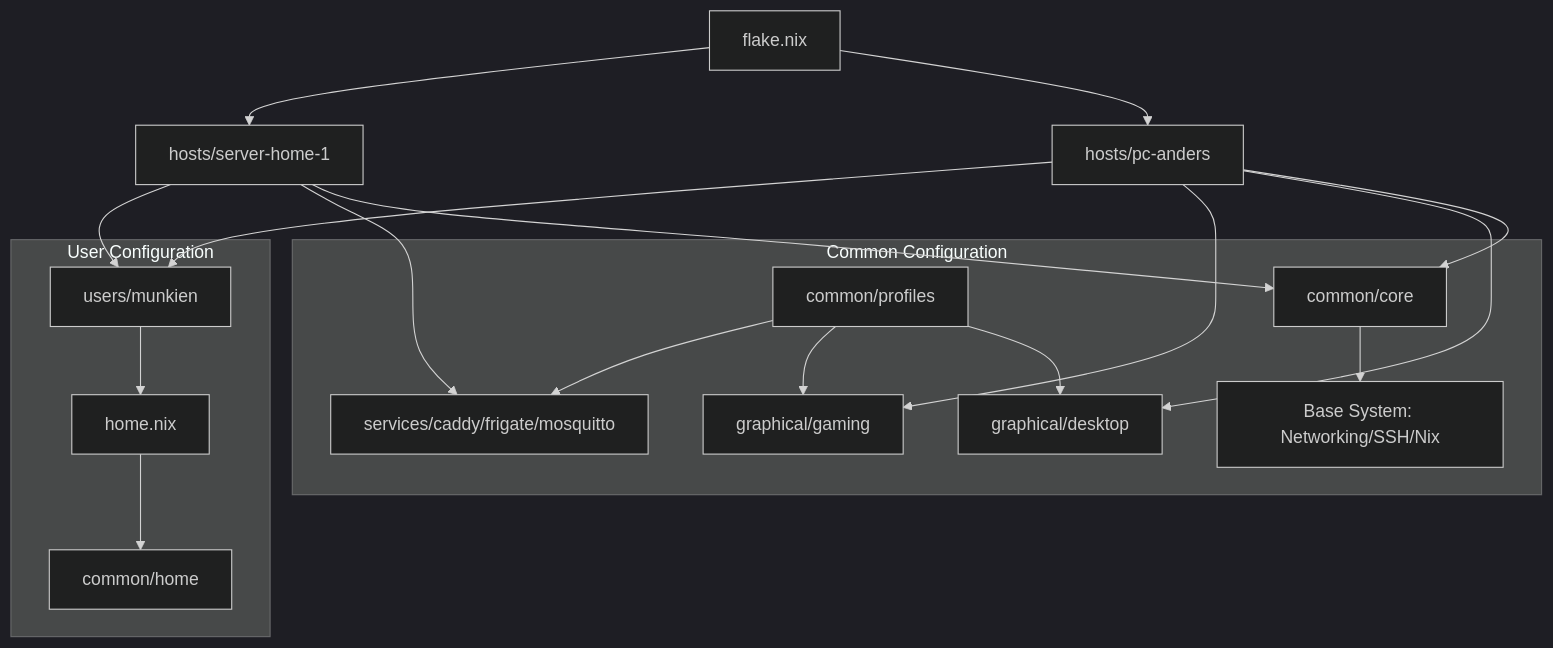
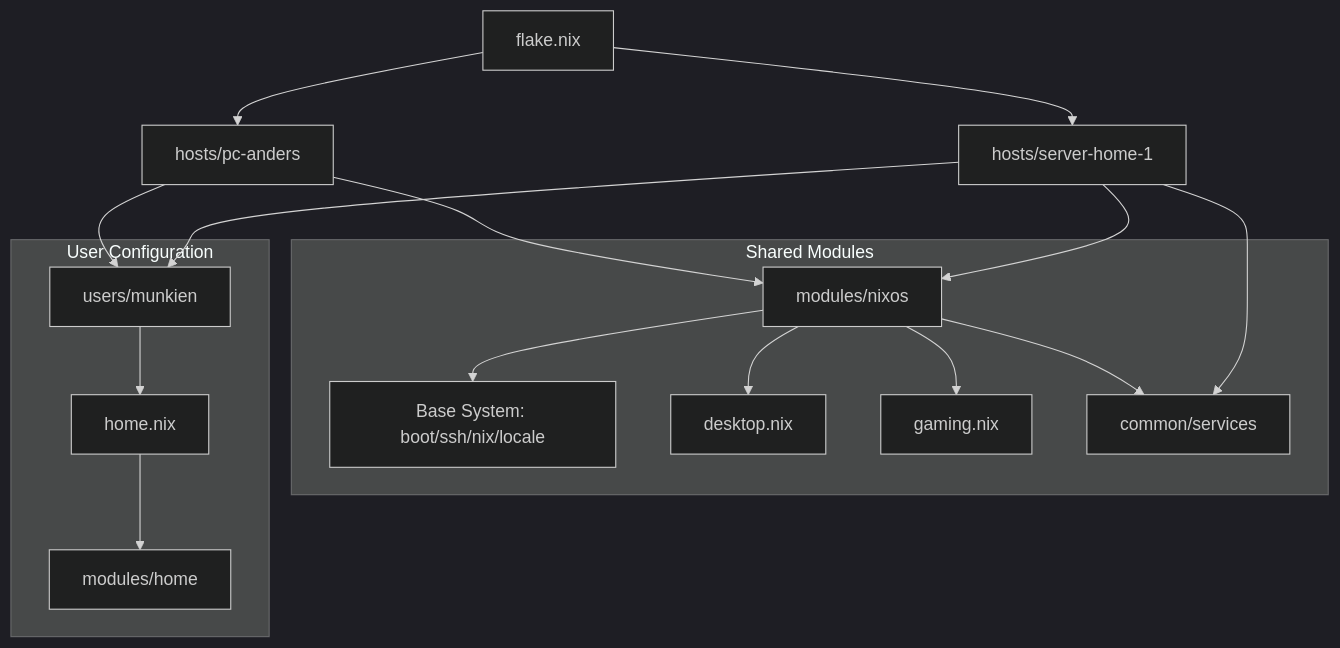
The diagram in README.md (munkien/nixos), drawn with Mermaid (dark theme) before and after one commit. The commit also changed other lines of this file and 12 other files, not shown here.

````diff
--- a/README.md
+++ b/README.md
@@ -31,26 +37,24 @@
 ```mermaid
 graph TD
     Flake[flake.nix] --> HostAnders[hosts/pc-anders]
     Flake --> HostServer[hosts/server-home-1]
     
-    subgraph Common Configuration
-        Core[common/core] --> BaseSystem[Base System: Networking/SSH/Nix]
-        Profiles[common/profiles] --> Graphical[graphical/desktop]
-        Profiles --> Gaming[graphical/gaming]
-        Profiles --> Services[services/caddy/frigate/mosquitto]
+    subgraph Shared Modules
+        NixosModules[modules/nixos] --> BaseSystem[Base System: boot/ssh/nix/locale]
+        NixosModules --> Graphical[desktop.nix]
+        NixosModules --> Gaming[gaming.nix]
+        NixosModules --> Services[common/services]
     end
 
     subgraph User Configuration
         User[users/munkien] --> Home[home.nix]
-        Home --> CommonHome[common/home]
+        Home --> HomeModules[modules/home]
     end
 
-    HostAnders --> Core
-    HostAnders --> Graphical
-    HostAnders --> Gaming
+    HostAnders --> NixosModules
     HostAnders --> User
-    
-    HostServer --> Core
+
+    HostServer --> NixosModules
     HostServer --> Services
     HostServer --> User
 ```
````
